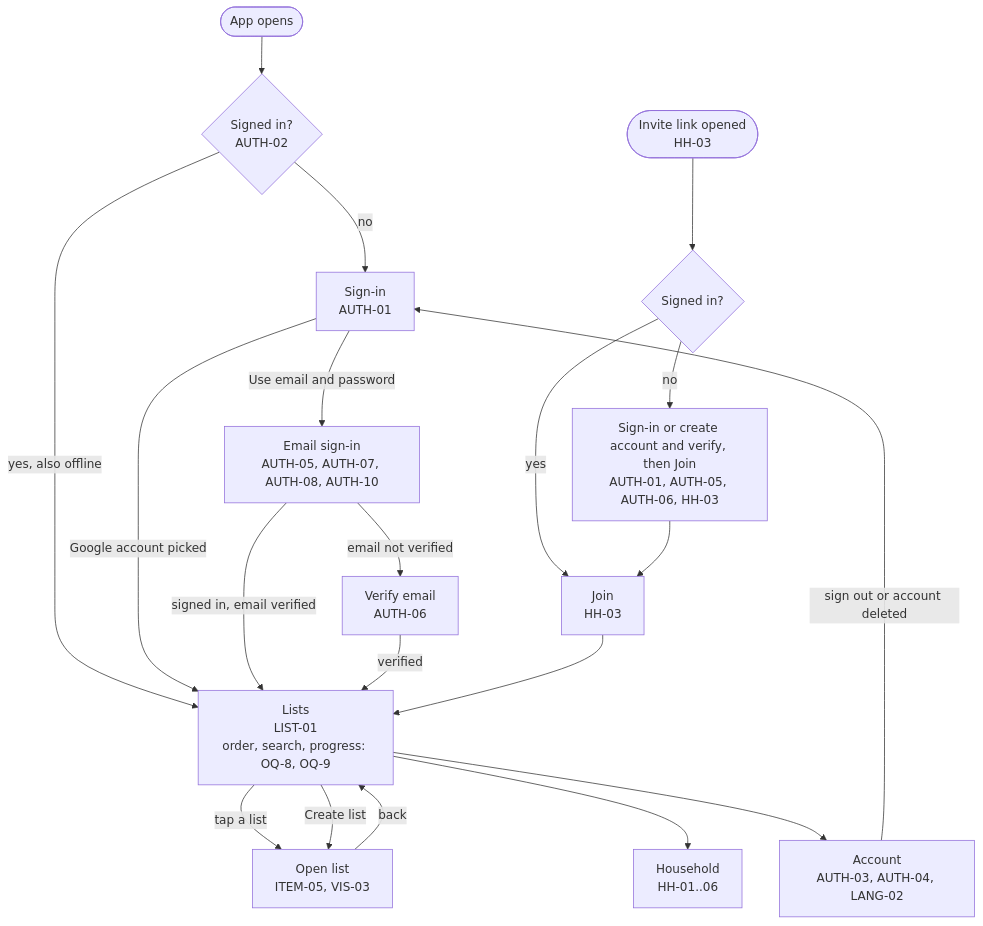
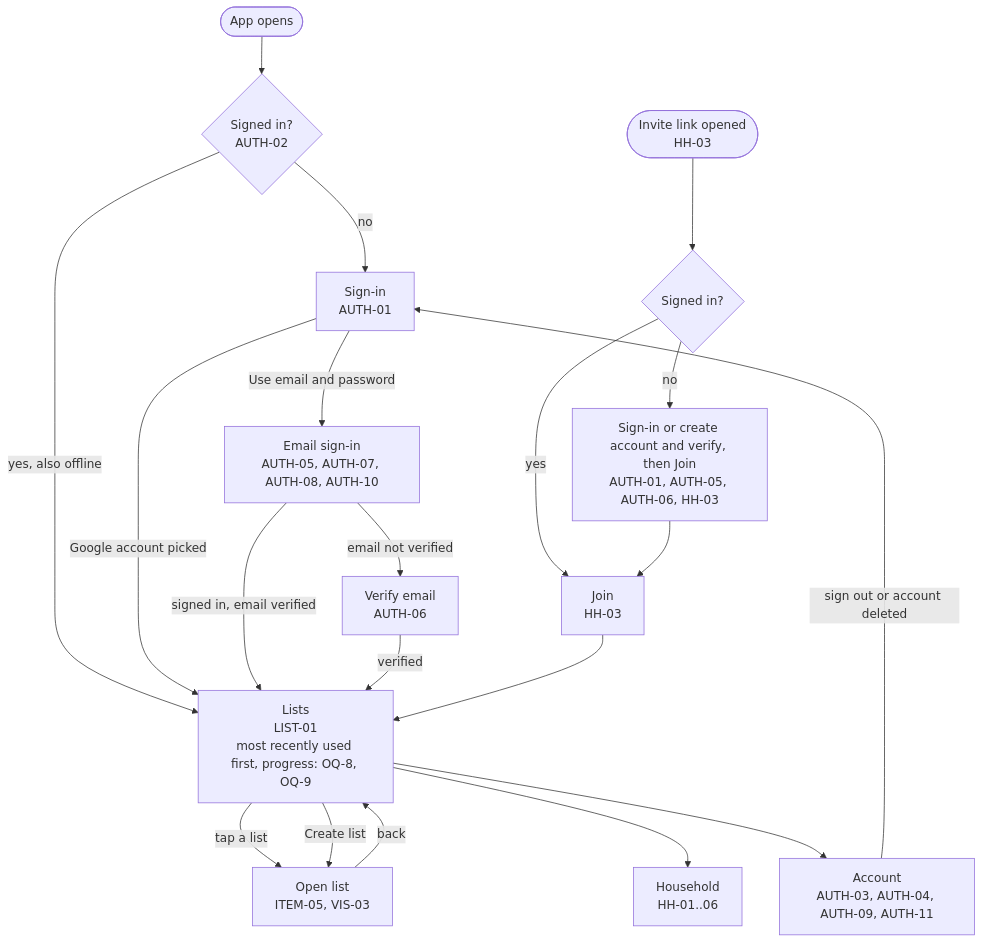
Before and after one commit to bondo/listicles2: the first of 11 diagrams in docs/product/flow.md, drawn with Mermaid. The commit also changed other lines of this file and 1 other file, not shown here.

````diff
--- a/docs/product/flow.md
+++ b/docs/product/flow.md
@@ -29,22 +29,22 @@
 ```mermaid
 flowchart TD
     start(["App opens"]) --> signed{"Signed in?<br>AUTH-02"}
     signed -- "no" --> signin["Sign-in<br>AUTH-01"]
-    signed -- "yes, also offline" --> lists["Lists<br>LIST-01<br>order, search, progress: OQ-8, OQ-9"]
+    signed -- "yes, also offline" --> lists["Lists<br>LIST-01<br>most recently used first, progress: OQ-8, OQ-9"]
     signin -- "Google account picked" --> lists
     signin -- "Use email and password" --> email["Email sign-in<br>AUTH-05, AUTH-07, AUTH-08, AUTH-10"]
     email -- "signed in, email verified" --> lists
     email -- "email not verified" --> verify["Verify email<br>AUTH-06"]
     verify -- "verified" --> lists
     link(["Invite link opened<br>HH-03"]) --> signed2{"Signed in?"}
     signed2 -- "no" --> signin2["Sign-in or create account and verify, then Join<br>AUTH-01, AUTH-05, AUTH-06, HH-03"]
     signed2 -- "yes" --> join["Join<br>HH-03"]
     signin2 --> join
     join --> lists
     lists -- "tap a list" --> open["Open list<br>ITEM-05, VIS-03"]
     lists -- "Create list" --> open
     lists --> household["Household<br>HH-01..06"]
-    lists --> account["Account<br>AUTH-03, AUTH-04, LANG-02"]
+    lists --> account["Account<br>AUTH-03, AUTH-04, AUTH-09, AUTH-11"]
     open -- "back" --> lists
     account -- "sign out or account deleted" --> signin
 ```
````
